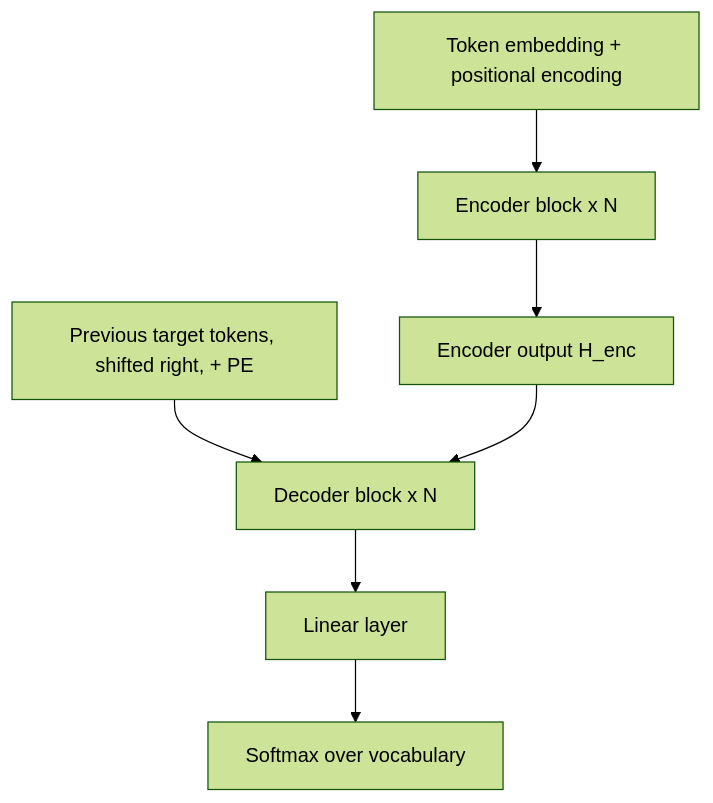
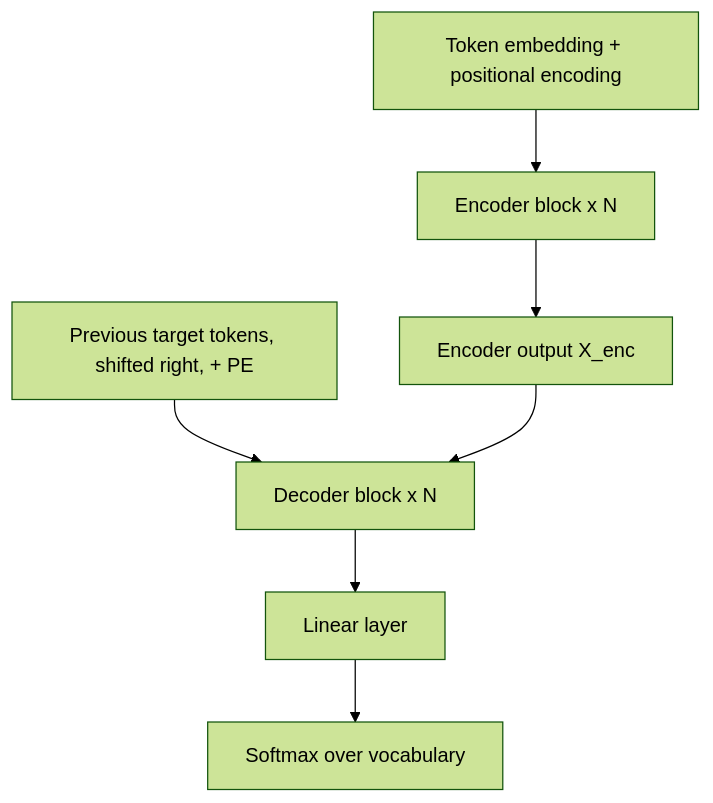
The diagram in src/content/post/cse425-final-transformer-architecture/index.md (lubdhak7414/lubdhak7414.github.io), drawn with Mermaid (forest theme) before and after one commit. The commit also changed other lines of this file and 31 other files, not shown here.

````diff
--- a/src/content/post/cse425-final-transformer-architecture/index.md
+++ b/src/content/post/cse425-final-transformer-architecture/index.md
@@ -19,9 +28,9 @@
 ```mermaid
 flowchart TD
     A["Token embedding + positional encoding"] --> B["Encoder block x N"]
-    B --> C["Encoder output H_enc"]
+    B --> C["Encoder output X_enc"]
     D["Previous target tokens, shifted right, + PE"] --> E["Decoder block x N"]
     C --> E
     E --> F["Linear layer"]
     F --> G["Softmax over vocabulary"]
 ```
````
